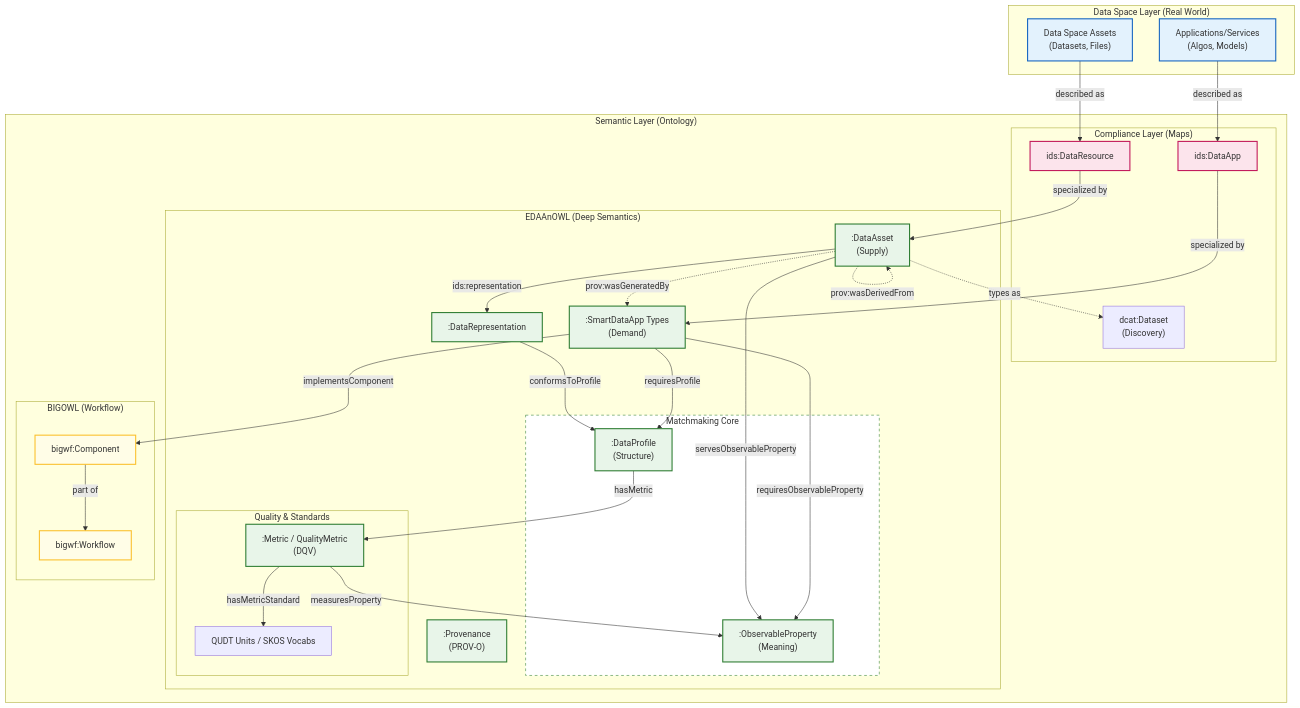
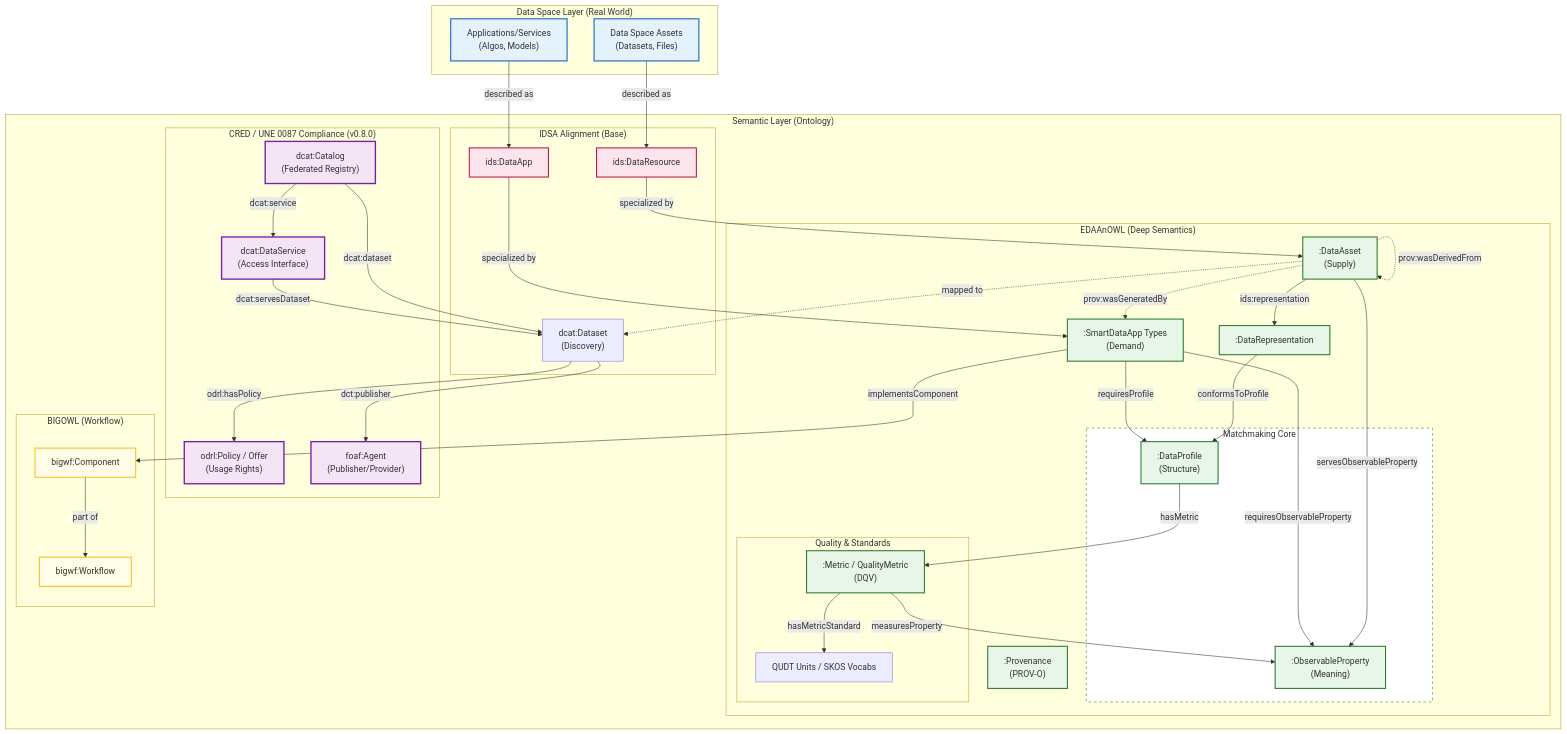
One commit to KhaosResearch/EDAAnOWL changed the diagram in docs/ARCHITECTURE.md. Above: the diagram before and after it, drawn with Mermaid. The commit also changed other lines of this file and 15 other files, not shown here.

Commit message:
feat(ontology): v0.8.0 release with CRED alignment, DCAT-AP 3.0 and ODRL 2.2

````diff
--- a/docs/ARCHITECTURE.md
+++ b/docs/ARCHITECTURE.md
@@ -8,7 +8,14 @@
     end
 
     subgraph Semantic ["Semantic Layer (Ontology)"]
-        subgraph Compliance ["Compliance Layer (Maps)"]
+        subgraph CRED ["CRED / UNE 0087 Compliance (v0.8.0)"]
+            CAT["dcat:Catalog<br/>(Federated Registry)"]
+            SRV["dcat:DataService<br/>(Access Interface)"]
+            POL["odrl:Policy / Offer<br/>(Usage Rights)"]
+            AGN["foaf:Agent<br/>(Publisher/Provider)"]
+        end
+
+        subgraph Compliance ["IDSA Alignment (Base)"]
             DCAT["dcat:Dataset<br/>(Discovery)"]
             DR_IDSA["ids:DataResource"]
             DA_IDSA["ids:DataApp"]
@@ -42,7 +49,13 @@
     %% Relationships
     DS -->|"described as"| DR_IDSA
     DR_IDSA -->|"specialized by"| DA
-    DA -.->|"types as"| DCAT
+    DA -.->|"mapped to"| DCAT
+    CAT -- "dcat:dataset" --> DCAT
+    CAT -- "dcat:service" --> SRV
+    SRV -- "dcat:servesDataset" --> DCAT
+    
+    DCAT -- "odrl:hasPolicy" --> POL
+    DCAT -- "dct:publisher" --> AGN
 
     AP -->|"described as"| DA_IDSA
     DA_IDSA -->|"specialized by"| Apps
@@ -69,11 +82,13 @@
     classDef idsa fill:#fce4ec,stroke:#c2185b,stroke-width:2px
     classDef edaan fill:#e8f5e9,stroke:#2e7d32,stroke-width:2px
     classDef bigowl fill:#fffde7,stroke:#fbc02d,stroke-width:2px
+    classDef cred fill:#f3e5f5,stroke:#7b1fa2,stroke-width:2.5px
     classDef core fill:#ffffff,stroke:#2e7d32,stroke-width:1px,stroke-dasharray: 5 5
 
     class DS,AP space
     class DR_IDSA,DA_IDSA idsa
     class DA,Repr,Apps,Prof,OP,Met,Prov_O edaan
     class WF,Comp bigowl
+    class CAT,SRV,POL,AGN cred
     class Matchmaking,QualityProv core
 ```
````
